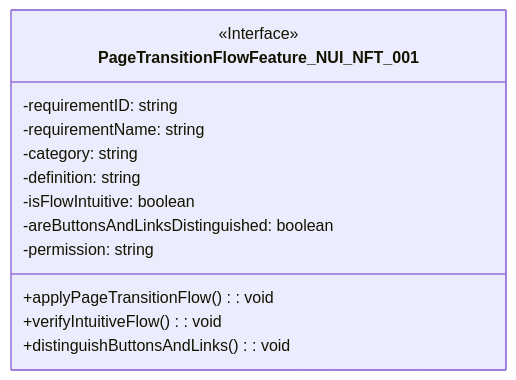
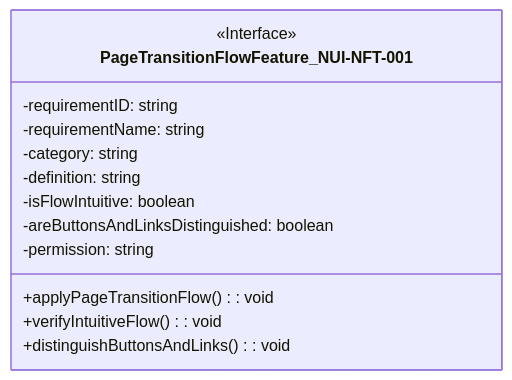
Before and after one commit to sun922/University-SoftwareDesign: diagram 19 of 54 in 1. Requirement Analysis/Software Requirements Specification.md, drawn with Mermaid. The commit also changed other lines of this file, not shown here.

````diff
--- a/1. Requirement Analysis/Software Requirements Specification.md
+++ b/1. Requirement Analysis/Software Requirements Specification.md
@@ -564,18 +564,18 @@
 ```mermaid
 classDiagram
-    class PageTransitionFlowFeature_NUI_NFT_001 {
+    class PageTransitionFlowFeature_NUI-NFT-001 {
         <<Interface>>
         -requirementID: string
         -requirementName: string
         -category: string
         -definition: string
         -isFlowIntuitive: boolean
         -areButtonsAndLinksDistinguished: boolean
         -permission: string
 
         +applyPageTransitionFlow(): void
         +verifyIntuitiveFlow(): void
         +distinguishButtonsAndLinks(): void
     }
 
 ```
````
